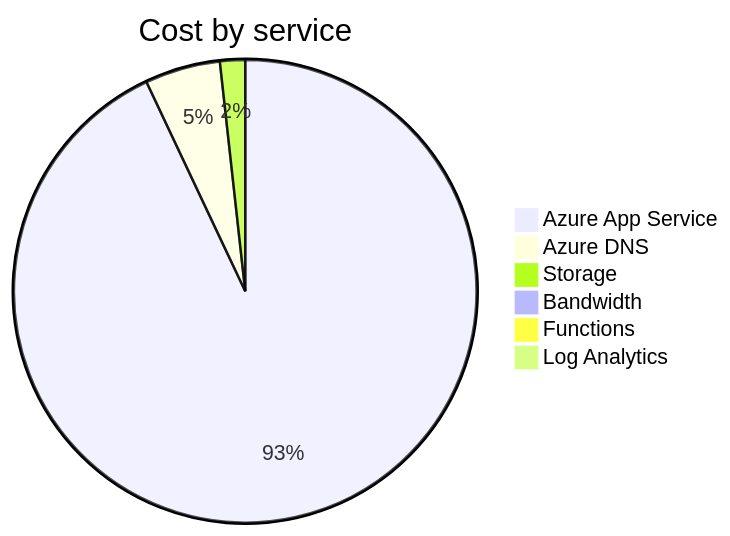
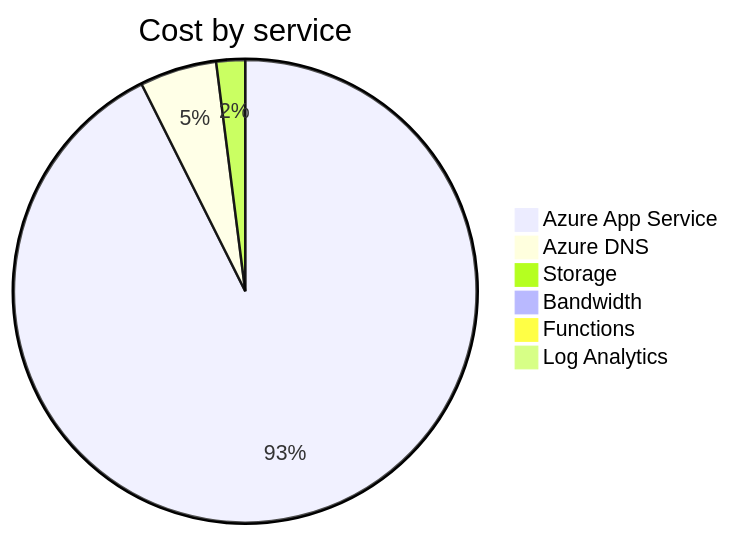
Before and after one commit to jpfulton/azure-personal-reports: the second of 4 diagrams in cost-reports/accumulated-cost.md, drawn with Mermaid. The commit also changed other lines of this file and 4 other files, not shown here.

````diff
--- a/cost-reports/accumulated-cost.md
+++ b/cost-reports/accumulated-cost.md
@@ -100,10 +100,10 @@
 ```mermaid
 pie
    title Cost by service
-   "Azure App Service" : 1.06
-   "Azure DNS" : 0.06
-   "Storage" : 0.02
+   "Azure App Service" : 1.38
+   "Azure DNS" : 0.08
+   "Storage" : 0.03
    "Bandwidth" : 0.00
    "Functions" : 0.00
    "Log Analytics" : 0.00
 ```
````
